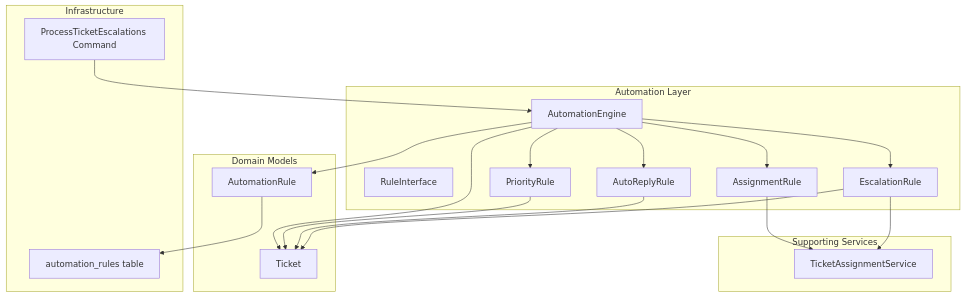
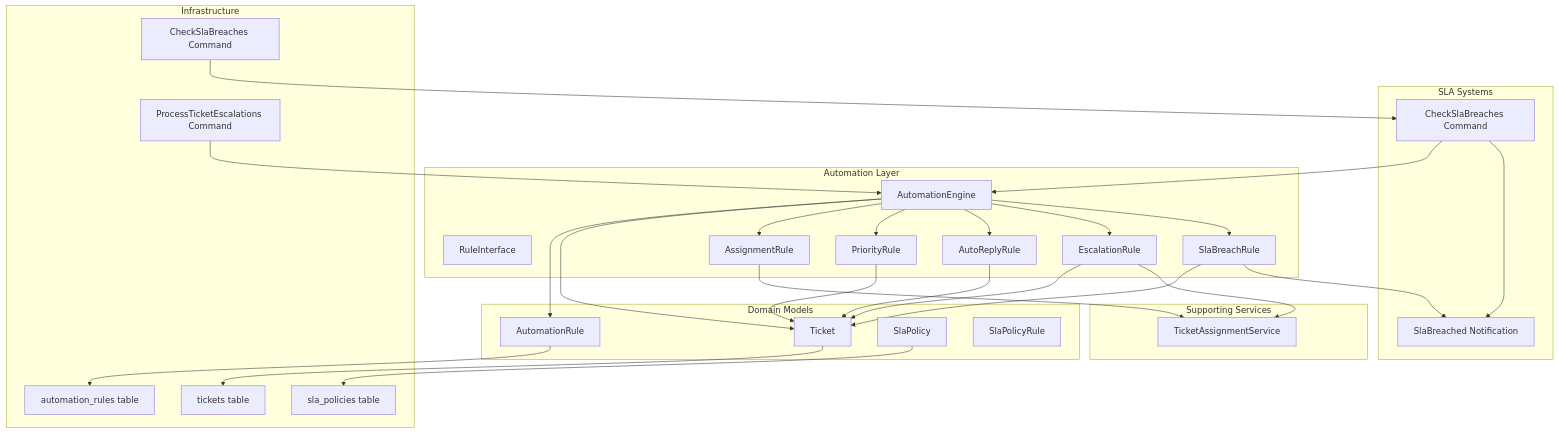
One commit to younesgamer68/helpdesk-system changed the first of 9 diagrams in .qoder/repowiki/en/content/Automation Engine/Automation Engine Overview.md. Above: the diagram before and after it, drawn with Mermaid. The commit also changed other lines of this file and 210 other files, not shown here.

````diff
--- a/.qoder/repowiki/en/content/Automation Engine/Automation Engine Overview.md
+++ b/.qoder/repowiki/en/content/Automation Engine/Automation Engine Overview.md
@@ -44,35 +60,53 @@
 ```mermaid
 graph TB
 subgraph "Automation Layer"
 AE["AutomationEngine"]
 RI["RuleInterface"]
 AR["AssignmentRule"]
 PR["PriorityRule"]
 ARR["AutoReplyRule"]
 ER["EscalationRule"]
+SLABR["SlaBreachRule"]
 end
 subgraph "Domain Models"
 ARule["AutomationRule"]
 Tkt["Ticket"]
+SLAP["SlaPolicy"]
+SLAPR["SlaPolicyRule"]
 end
 subgraph "Supporting Services"
 TAS["TicketAssignmentService"]
 end
+subgraph "SLA Systems"
+CSB["CheckSlaBreaches Command"]
+SLAN["SlaBreached Notification"]
+end
 subgraph "Infrastructure"
-CMD["ProcessTicketEscalations Command"]
+CMD1["ProcessTicketEscalations Command"]
+CMD2["CheckSlaBreaches Command"]
 DB["automation_rules table"]
+DB2["sla_policies table"]
+DB3["tickets table"]
 end
 AE --> ARule
 AE --> Tkt
 AE --> AR
 AE --> PR
 AE --> ARR
 AE --> ER
+AE --> SLABR
 AR --> TAS
 PR --> Tkt
 ARR --> Tkt
 ER --> Tkt
 ER --> TAS
-CMD --> AE
+SLABR --> Tkt
+SLABR --> SLAN
+CSB --> AE
+CSB --> SLAN
+CMD1 --> AE
+CMD2 --> CSB
 ARule --> DB
+SLAP --> DB2
+Tkt --> DB3
 ```
````
